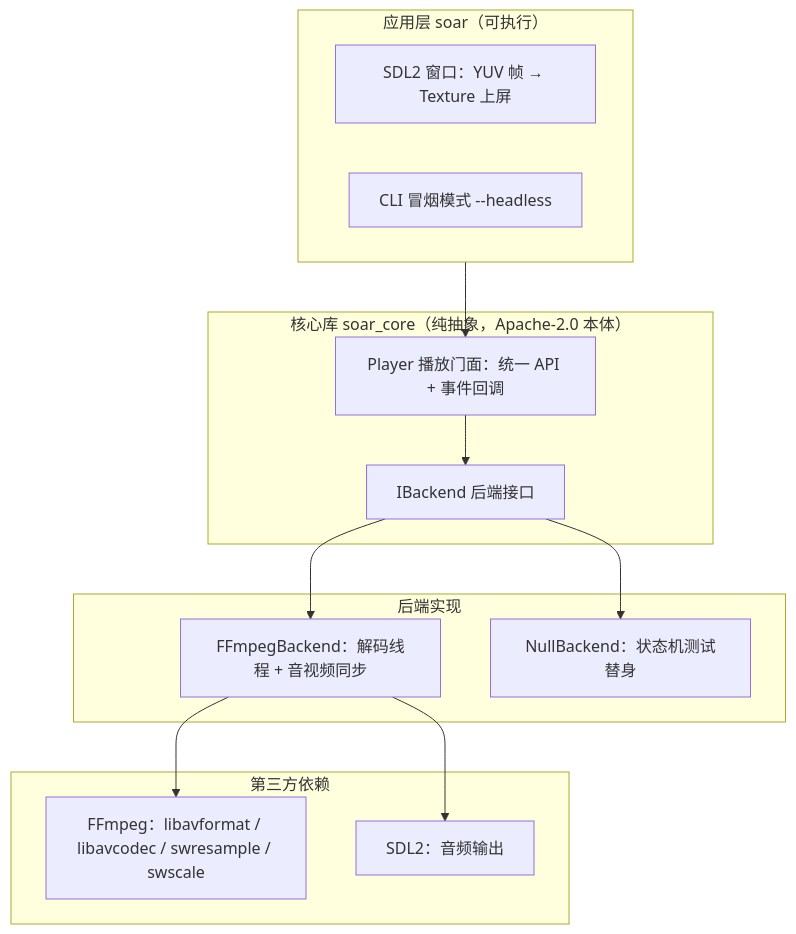
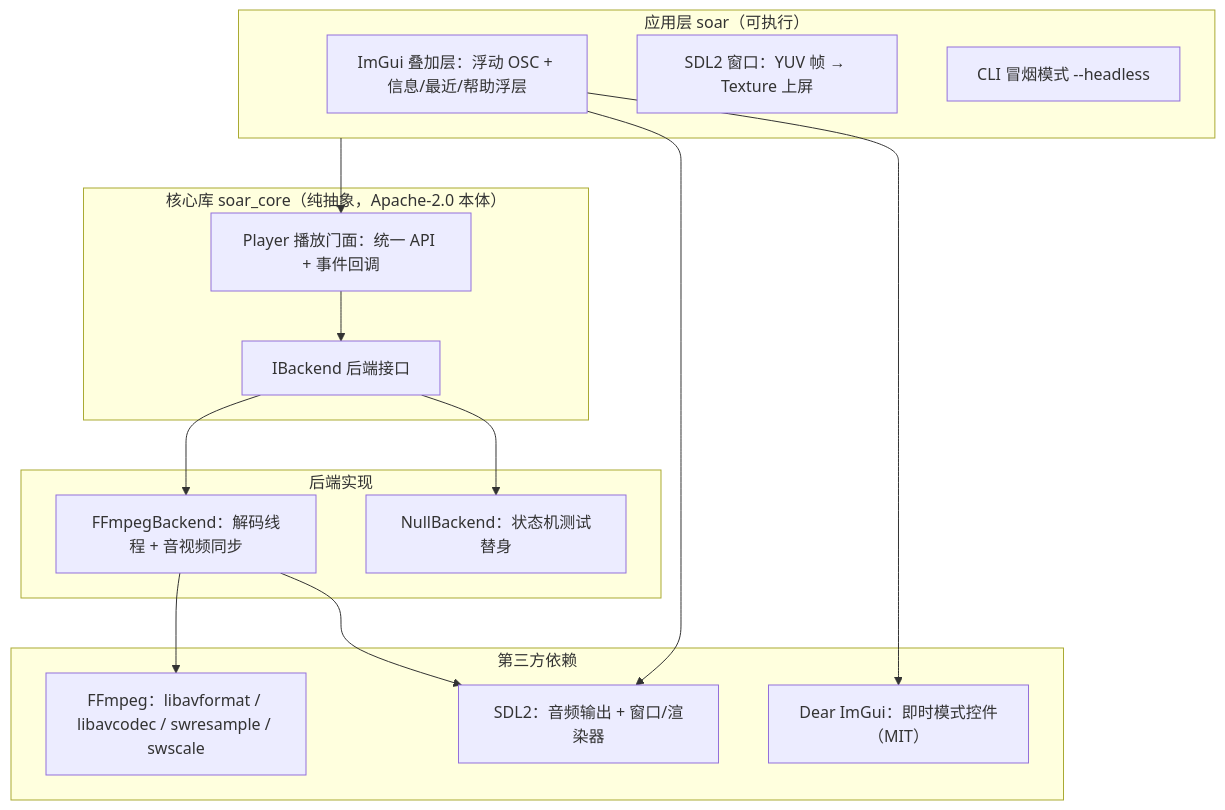
Before and after one commit to cuihairu/soar: the diagram in README.md, drawn with Mermaid. The commit also changed other lines of this file and 5 other files, not shown here.

````diff
--- a/README.md
+++ b/README.md
@@ -47,28 +51,32 @@
 ```mermaid
 flowchart TB
     subgraph APP["应用层 soar（可执行）"]
+        UI["ImGui 叠加层：浮动 OSC + 信息/最近/帮助浮层"]
         WIN["SDL2 窗口：YUV 帧 → Texture 上屏"]
         HEADLESS["CLI 冒烟模式 --headless"]
     end
 
     subgraph CORE["核心库 soar_core（纯抽象，Apache-2.0 本体）"]
         PLAYER["Player 播放门面：统一 API + 事件回调"]
         IBACKEND["IBackend 后端接口"]
     end
 
     subgraph BACKENDS["后端实现"]
         FFB["FFmpegBackend：解码线程 + 音视频同步"]
         NULLB["NullBackend：状态机测试替身"]
     end
 
     subgraph LIBS["第三方依赖"]
         FFMPEG["FFmpeg：libavformat / libavcodec / swresample / swscale"]
-        SDL2AUDIO["SDL2：音频输出"]
+        SDL2AUDIO["SDL2：音频输出 + 窗口/渲染器"]
+        IMGUI["Dear ImGui：即时模式控件（MIT）"]
     end
 
     APP --> PLAYER --> IBACKEND
     IBACKEND --> FFB
     IBACKEND --> NULLB
     FFB --> FFMPEG
     FFB --> SDL2AUDIO
+    UI --> IMGUI
+    UI --> SDL2AUDIO
 ```
````
